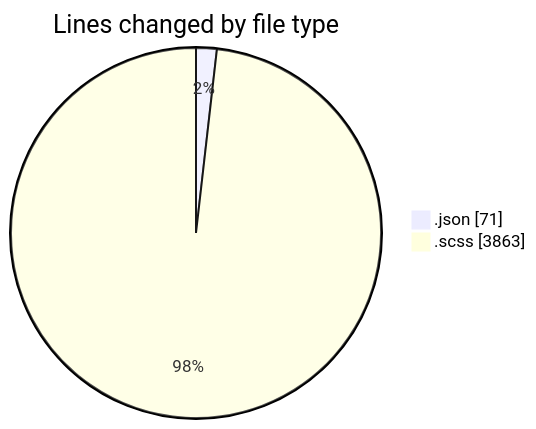
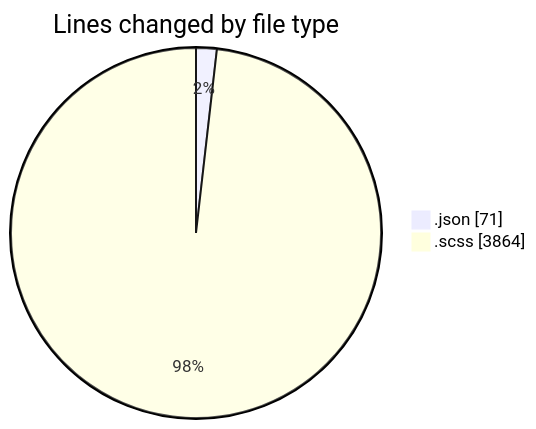
One commit to momahboobian/code-tracking changed the first of 2 diagrams in 2026-01-22/cda/README.md. Above: the diagram before and after it, drawn with Mermaid. The commit also changed other lines of this file and 1 other file, not shown here.

````diff
--- a/2026-01-22/cda/README.md
+++ b/2026-01-22/cda/README.md
@@ -50,6 +50,6 @@
 ```mermaid
 pie showData
 title Lines changed by file type
 ".json" : 71
-".scss" : 3863
+".scss" : 3864
 ```
````
